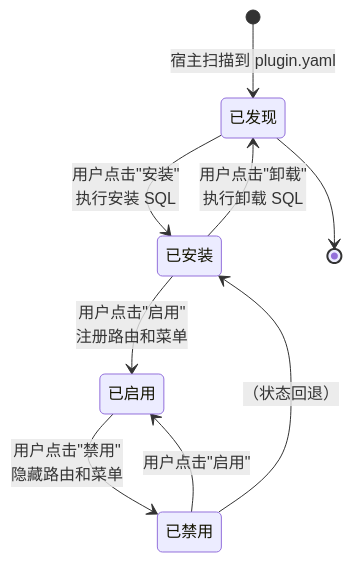
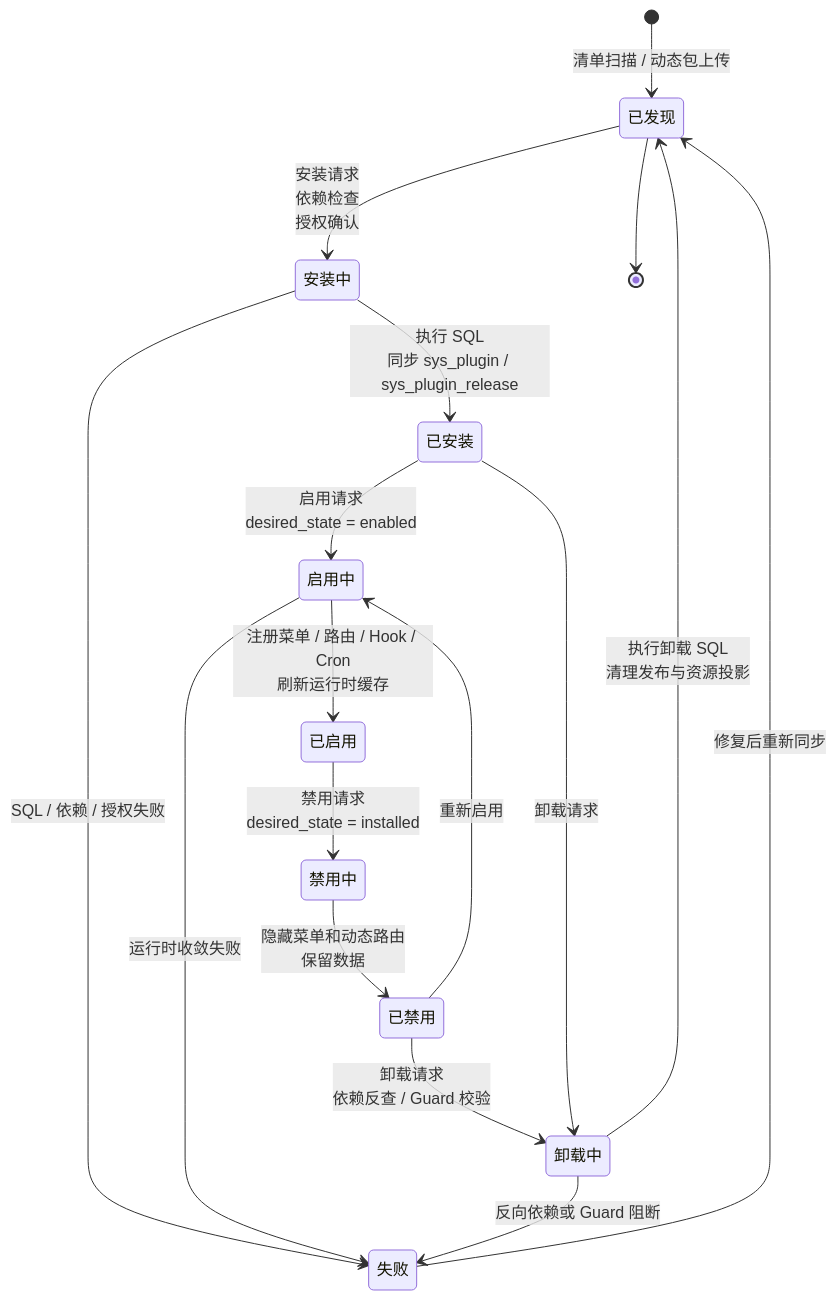
Before and after one commit to linaproai/linapro-site: the second of 4 diagrams in apps/lina-site/docs/docs/2000-architecture/4000-plugin-system.md, drawn with Mermaid. The commit also changed other lines of this file and 12 other files, not shown here.

First line of the commit message:
docs(lina-site): update architecture docs, add plugin management, simplify quick guides

````diff
--- a/apps/lina-site/docs/docs/2000-architecture/4000-plugin-system.md
+++ b/apps/lina-site/docs/docs/2000-architecture/4000-plugin-system.md
@@ -113,11 +196,19 @@
 ```mermaid
 stateDiagram-v2
-    [*] --> 已发现: 宿主扫描到 plugin.yaml
-    已发现 --> 已安装: 用户点击"安装"<br/>执行安装 SQL
-    已安装 --> 已启用: 用户点击"启用"<br/>注册路由和菜单
-    已启用 --> 已禁用: 用户点击"禁用"<br/>隐藏路由和菜单
-    已禁用 --> 已启用: 用户点击"启用"
-    已禁用 --> 已安装: （状态回退）
-    已安装 --> 已发现: 用户点击"卸载"<br/>执行卸载 SQL
+    [*] --> 已发现: 清单扫描 / 动态包上传
+    已发现 --> 安装中: 安装请求<br/>依赖检查<br/>授权确认
+    安装中 --> 已安装: 执行 SQL<br/>同步 sys_plugin / sys_plugin_release
+    已安装 --> 启用中: 启用请求<br/>desired_state = enabled
+    启用中 --> 已启用: 注册菜单 / 路由 / Hook / Cron<br/>刷新运行时缓存
+    已启用 --> 禁用中: 禁用请求<br/>desired_state = installed
+    禁用中 --> 已禁用: 隐藏菜单和动态路由<br/>保留数据
+    已禁用 --> 启用中: 重新启用
+    已禁用 --> 卸载中: 卸载请求<br/>依赖反查 / Guard 校验
+    已安装 --> 卸载中: 卸载请求
+    卸载中 --> 已发现: 执行卸载 SQL<br/>清理发布与资源投影
+    安装中 --> 失败: SQL / 依赖 / 授权失败
+    启用中 --> 失败: 运行时收敛失败
+    卸载中 --> 失败: 反向依赖或 Guard 阻断
+    失败 --> 已发现: 修复后重新同步
     已发现 --> [*]
 ```
````
